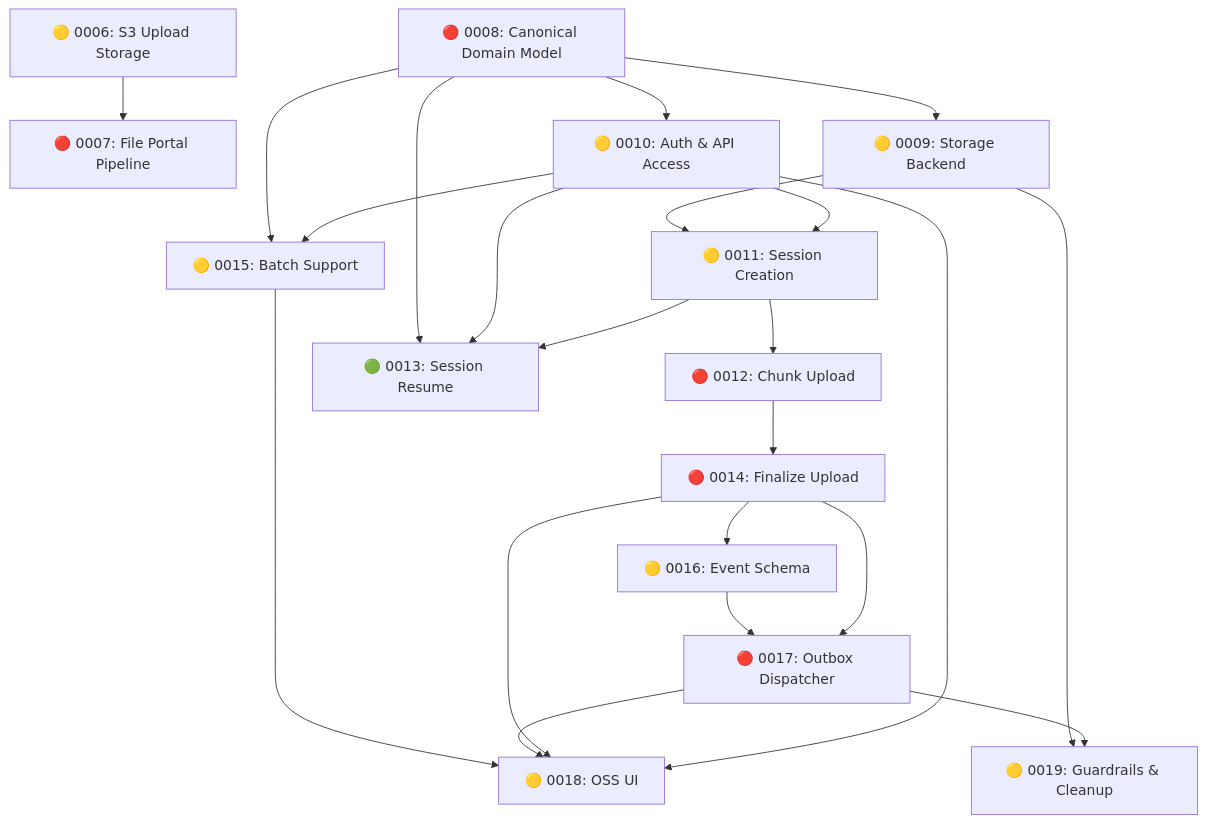
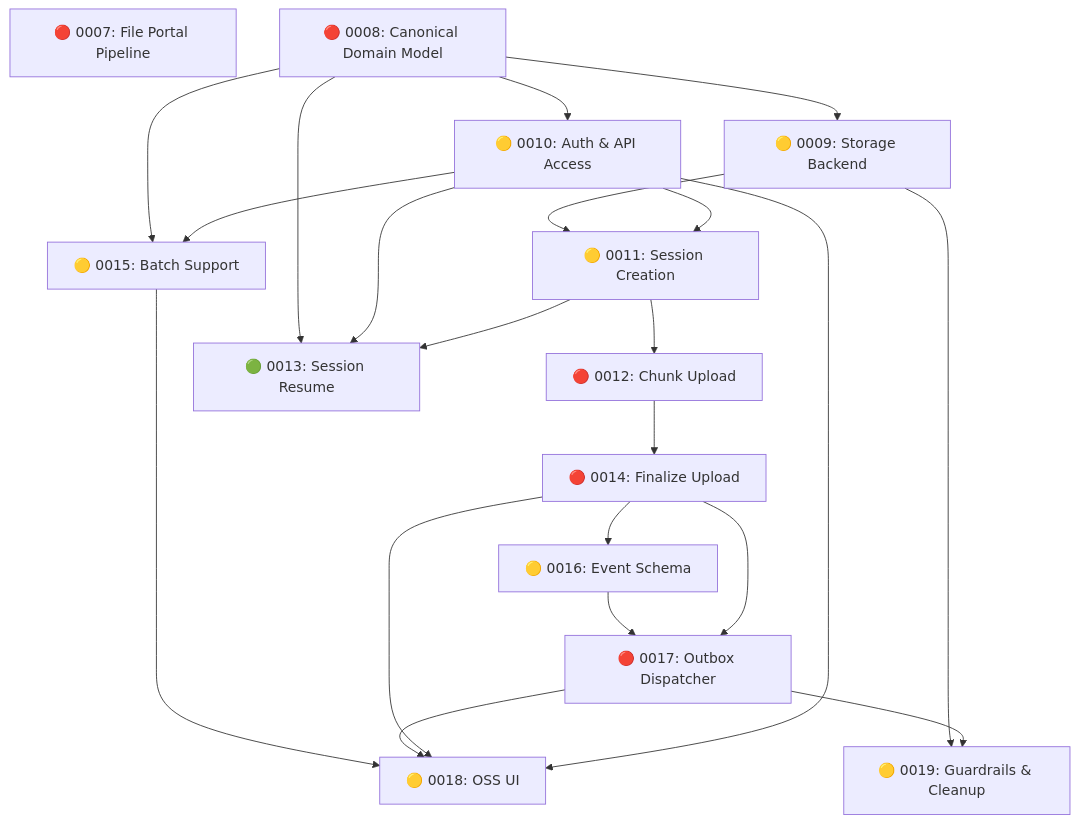
Before and after one commit to rjusher/doorito: the diagram in PEPs/INDEX.md, drawn with Mermaid. The commit also changed other lines of this file and 12 other files, not shown here.

First line of the commit message:
Finalize PEP 0006: S3 Upload Storage

````diff
--- a/PEPs/INDEX.md
+++ b/PEPs/INDEX.md
@@ -24,40 +23,37 @@
 ```mermaid
 graph TD
-    PEP0006["🟡 0006: S3 Upload Storage"]
     PEP0007["🔴 0007: File Portal Pipeline"]
     PEP0008["🔴 0008: Canonical Domain Model"]
     PEP0009["🟡 0009: Storage Backend"]
     PEP0010["🟡 0010: Auth & API Access"]
     PEP0011["🟡 0011: Session Creation"]
     PEP0012["🔴 0012: Chunk Upload"]
     PEP0013["🟢 0013: Session Resume"]
     PEP0014["🔴 0014: Finalize Upload"]
     PEP0015["🟡 0015: Batch Support"]
     PEP0016["🟡 0016: Event Schema"]
     PEP0017["🔴 0017: Outbox Dispatcher"]
     PEP0018["🟡 0018: OSS UI"]
     PEP0019["🟡 0019: Guardrails & Cleanup"]
-
-    PEP0006 --> PEP0007
 
     PEP0008 --> PEP0009
     PEP0008 --> PEP0010
     PEP0009 --> PEP0011
     PEP0010 --> PEP0011
     PEP0011 --> PEP0012
     PEP0008 --> PEP0013
     PEP0010 --> PEP0013
     PEP0011 --> PEP0013
     PEP0012 --> PEP0014
     PEP0008 --> PEP0015
     PEP0010 --> PEP0015
     PEP0014 --> PEP0016
     PEP0016 --> PEP0017
     PEP0014 --> PEP0017
     PEP0015 --> PEP0018
     PEP0017 --> PEP0018
     PEP0014 --> PEP0018
     PEP0010 --> PEP0018
     PEP0009 --> PEP0019
     PEP0017 --> PEP0019
 ```
````
